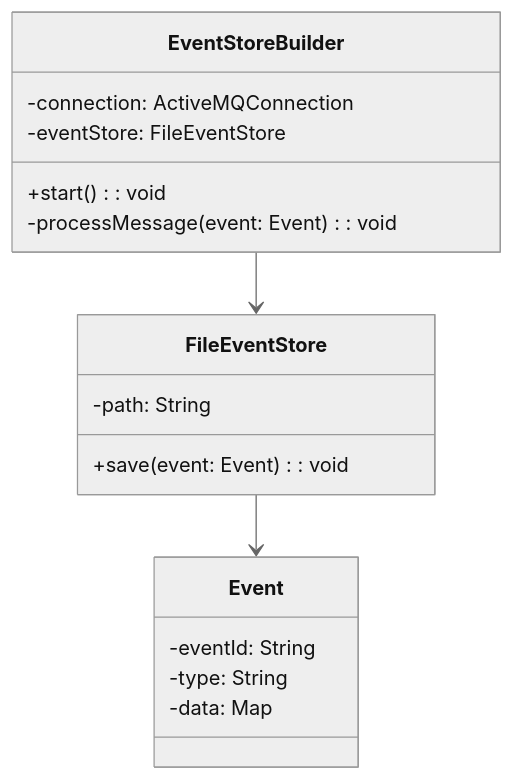
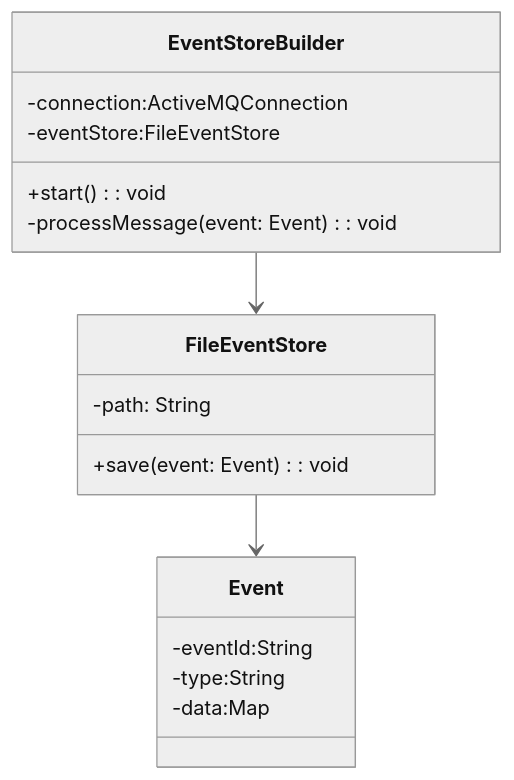
The fourth of 5 diagrams in README.md (TechnoRadar/techno-radar), drawn with Mermaid (neutral theme) before and after one commit. The commit also changed other lines of this file, not shown here.

````diff
--- a/README.md
+++ b/README.md
@@ -279,20 +283,20 @@
 ```mermaid
 classDiagram
     class EventStoreBuilder {
-        -connection: ActiveMQConnection
-        -eventStore: FileEventStore
-        +start(): void
-        -processMessage(event: Event): void
+        -connection:ActiveMQConnection
+        -eventStore:FileEventStore
+        +start() : void
+        -processMessage(event: Event) : void
     }
     class FileEventStore {
         -path: String
-        +save(event: Event): void
+        +save(event: Event) : void
     }
     class Event {
-        -eventId: String
-        -type: String
-        -data: Map
+        -eventId:String
+        -type:String
+        -data:Map
     }
     EventStoreBuilder --> FileEventStore
     FileEventStore --> Event
 ```
````
